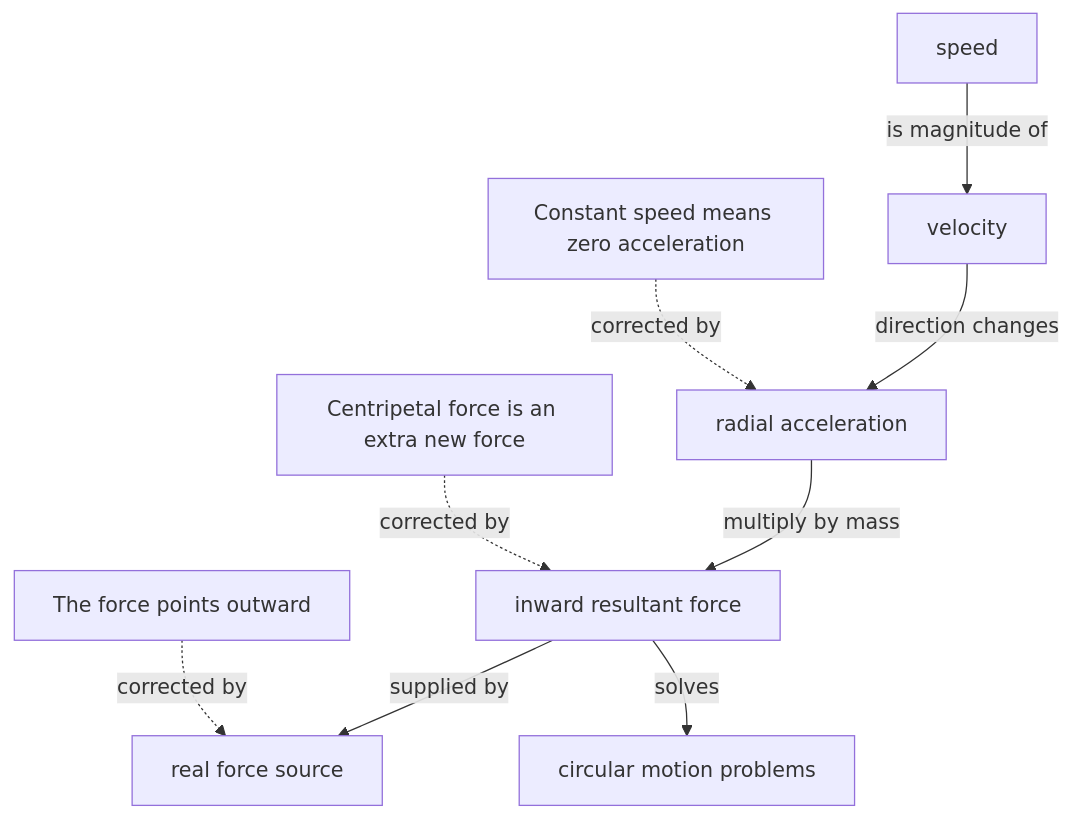
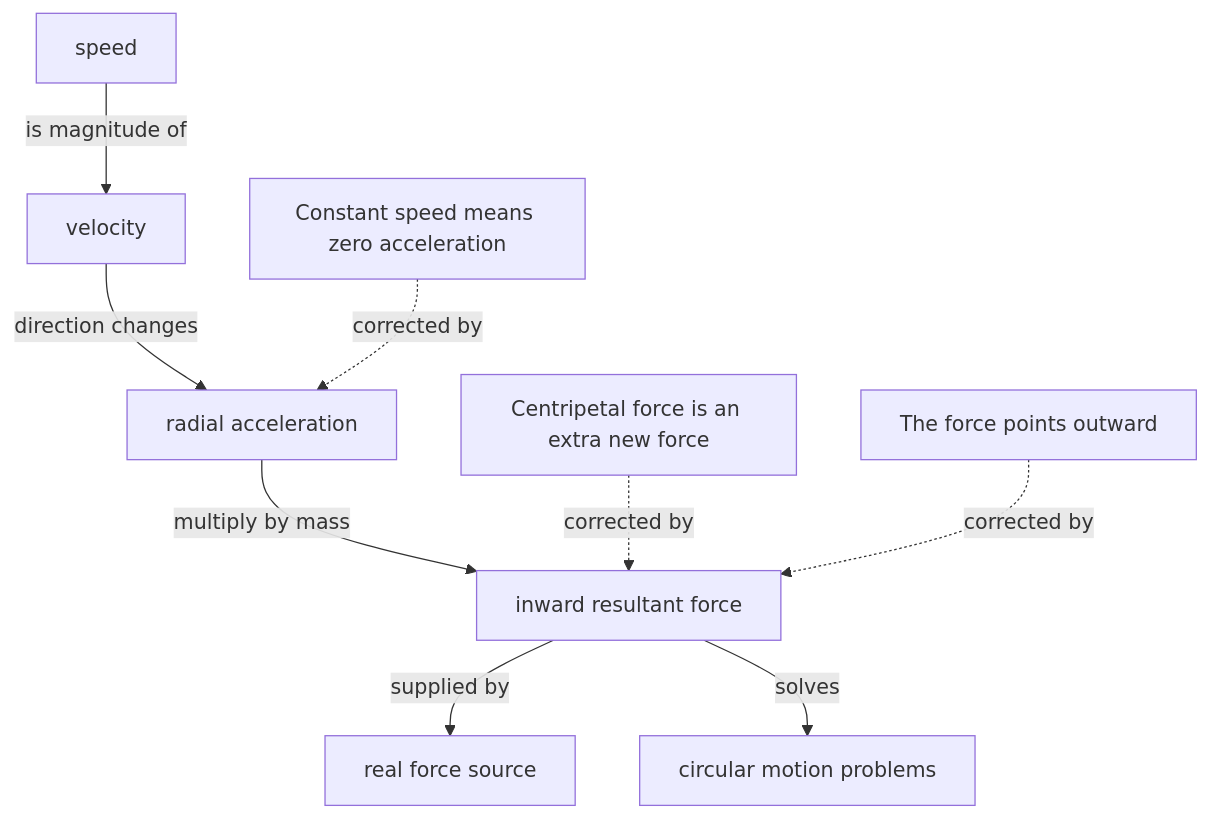
Before and after one commit to anieyrudh/Paideia: the diagram in a-level/content/physics/containers/circular-motion/concept-map/graph.mmd, drawn with Mermaid. The commit also changed 5 other files, not shown here.

```diff
--- a/a-level/content/physics/containers/circular-motion/concept-map/graph.mmd
+++ b/a-level/content/physics/containers/circular-motion/concept-map/graph.mmd
@@ -1,9 +1,9 @@
 graph TD
   speed["speed"] -->|"is magnitude of"| velocity["velocity"]
   velocity -->|"direction changes"| acceleration["radial acceleration"]
   acceleration -->|"multiply by mass"| force["inward resultant force"]
   force -->|"supplied by"| real["real force source"]
   force -->|"solves"| problems["circular motion problems"]
   misconception1["Constant speed means zero acceleration"] -. corrected by .-> acceleration
   misconception2["Centripetal force is an extra new force"] -. corrected by .-> force
-  misconception3["The force points outward"] -. corrected by .-> real
+  misconception3["The force points outward"] -. corrected by .-> force
```
